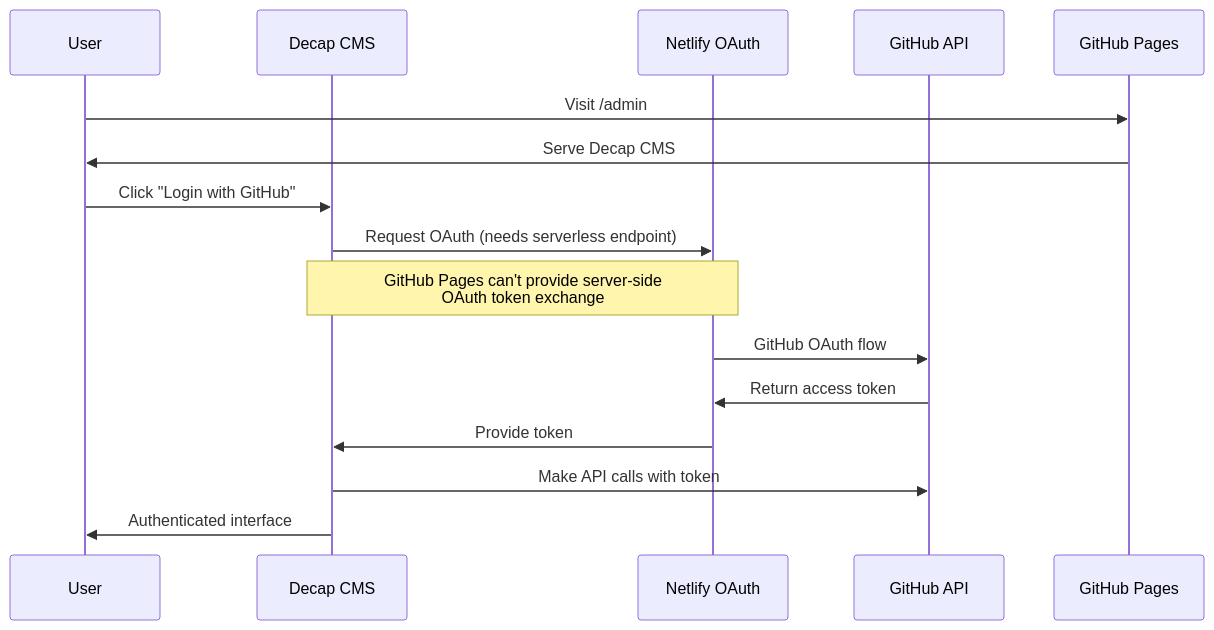
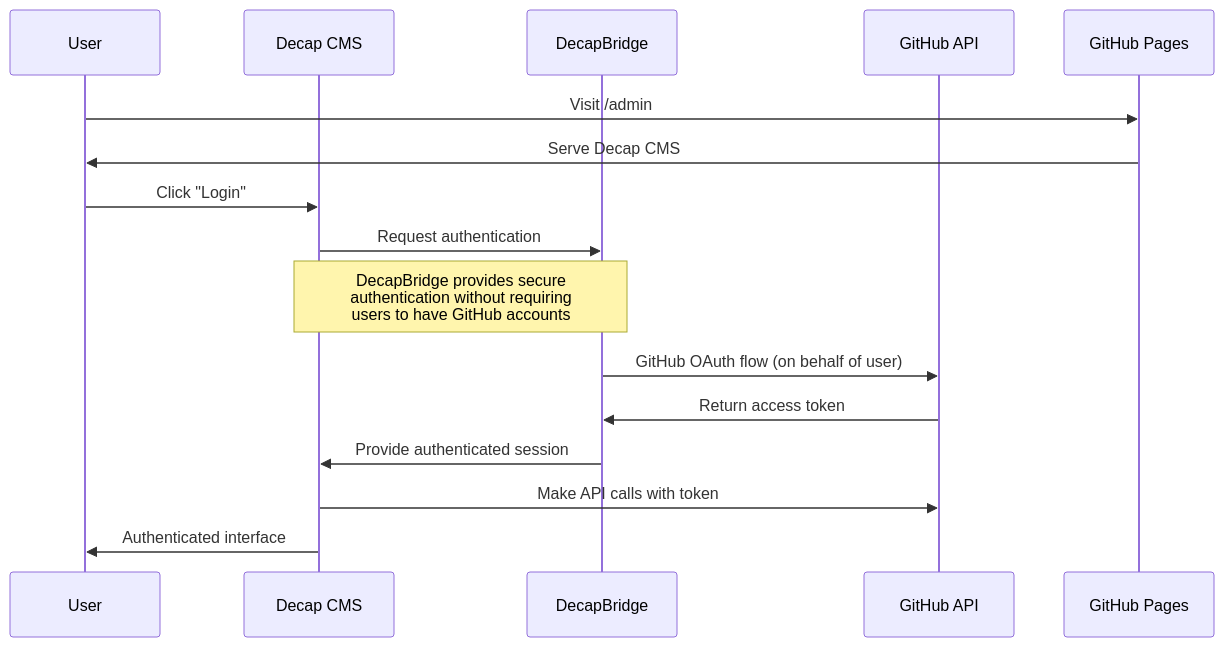
Before and after one commit to bemayer/static-blog: the diagram in README.md, drawn with Mermaid. The commit also changed other lines of this file and 1 other file, not shown here.

Commit message:
💥 Replace the usage of Netlify by DecapBridge

````diff
--- a/README.md
+++ b/README.md
@@ -97,19 +97,19 @@
 ```mermaid
 sequenceDiagram
     participant U as User
     participant CMS as Decap CMS
-    participant N as Netlify OAuth
+    participant DB as DecapBridge
     participant GH as GitHub API
     participant GP as GitHub Pages
 
     U->>GP: Visit /admin
     GP->>U: Serve Decap CMS
-    U->>CMS: Click "Login with GitHub"
-    CMS->>N: Request OAuth (needs serverless endpoint)
-    Note over CMS,N: GitHub Pages can't provide server-side<br/>OAuth token exchange
-    N->>GH: GitHub OAuth flow
-    GH->>N: Return access token
-    N->>CMS: Provide token
+    U->>CMS: Click "Login"
+    CMS->>DB: Request authentication
+    Note over CMS,DB: DecapBridge provides secure<br/>authentication without requiring<br/>users to have GitHub accounts
+    DB->>GH: GitHub OAuth flow (on behalf of user)
+    GH->>DB: Return access token
+    DB->>CMS: Provide authenticated session
     CMS->>GH: Make API calls with token
     CMS->>U: Authenticated interface
 ```
````
